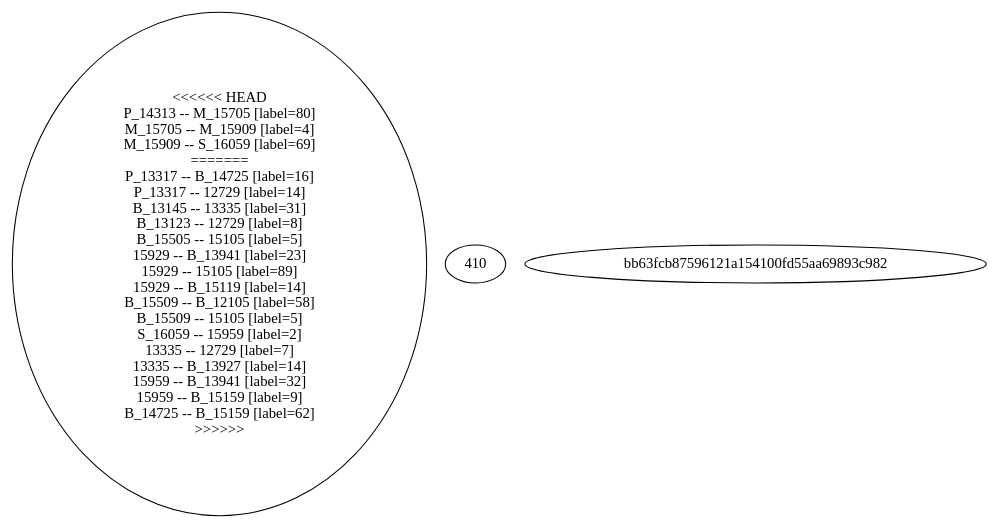
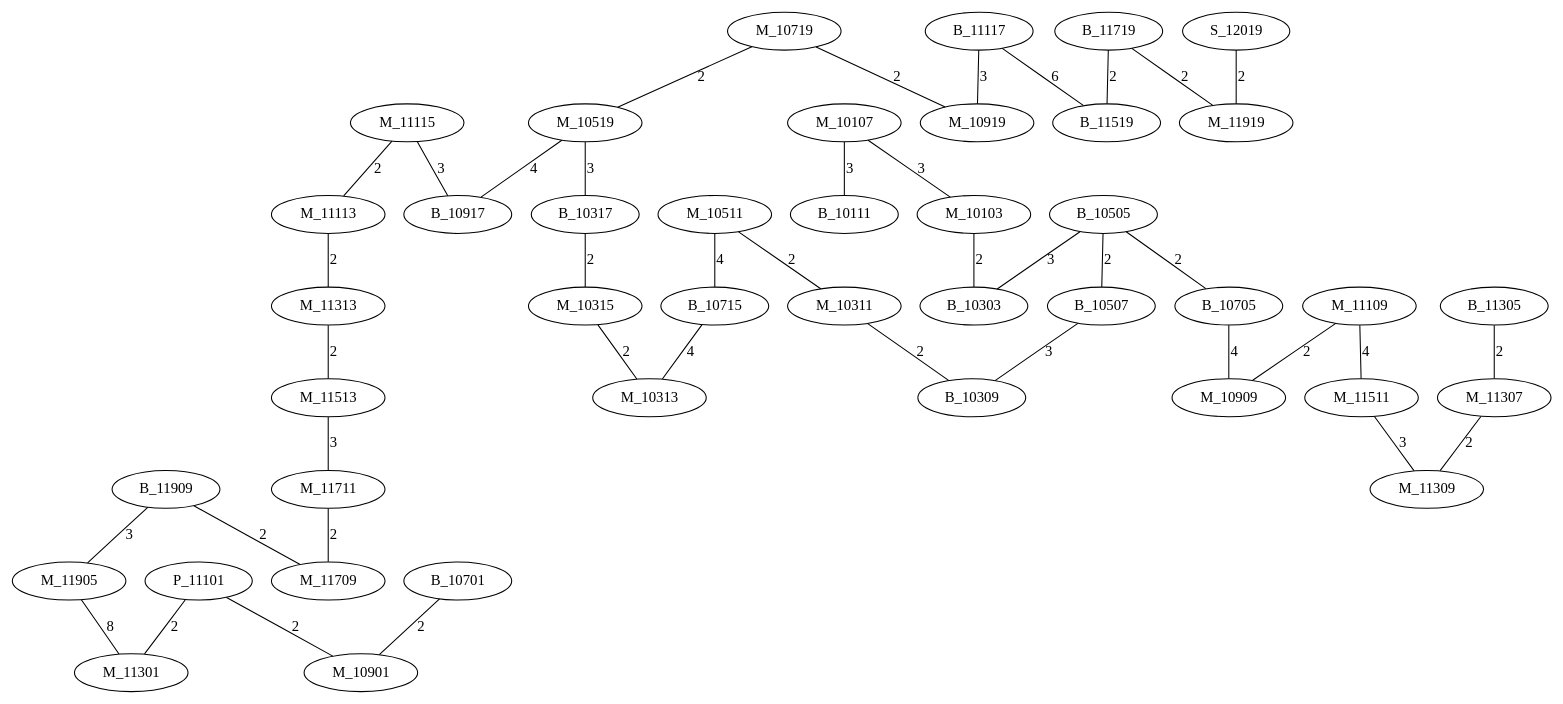
The diagram in Graph.dot (AsmNoob/Labyrinthe), drawn with Graphviz before and after one commit. The commit also changed 2 other files, not shown here.

```diff
--- a/Graph.dot
+++ b/Graph.dot
@@ -1,26 +1,44 @@
 graph chemin {
 
-<<<<<<< HEAD
-	P_14313 -- M_15705 [label=80]
-	M_15705 -- M_15909 [label=4]
-	M_15909 -- S_16059 [label=69]
-=======
-	P_13317 -- B_14725 [label=16]
-	P_13317 -- 12729 [label=14]
-	B_13145 -- 13335 [label=31]
-	B_13123 -- 12729 [label=8]
-	B_15505 -- 15105 [label=5]
-	15929 -- B_13941 [label=23]
-	15929 -- 15105 [label=89]
-	15929 -- B_15119 [label=14]
-	B_15509 -- B_12105 [label=58]
-	B_15509 -- 15105 [label=5]
-	S_16059 -- 15959 [label=2]
-	13335 -- 12729 [label=7]
-	13335 -- B_13927 [label=14]
-	15959 -- B_13941 [label=32]
-	15959 -- B_15159 [label=9]
-	B_14725 -- B_15159 [label=62]
->>>>>>> 410bb63fcb87596121a154100fd55aa69893c982
+	P_11101 -- M_11301 [label=2]
+	P_11101 -- M_10901 [label=2]
+	M_10107 -- B_10111 [label=3]
+	M_10107 -- M_10103 [label=3]
+	B_10701 -- M_10901 [label=2]
+	B_11719 -- M_11919 [label=2]
+	B_11719 -- B_11519 [label=2]
+	S_12019 -- M_11919 [label=2]
+	M_11109 -- M_11511 [label=4]
+	M_11109 -- M_10909 [label=2]
+	M_11115 -- B_10917 [label=3]
+	M_11115 -- M_11113 [label=2]
+	B_10505 -- B_10507 [label=2]
+	B_10505 -- B_10303 [label=3]
+	B_10505 -- B_10705 [label=2]
+	M_11113 -- M_11313 [label=2]
+	B_10507 -- B_10309 [label=3]
+	M_10103 -- B_10303 [label=2]
+	B_11117 -- M_10919 [label=3]
+	B_11117 -- B_11519 [label=6]
+	M_10511 -- B_10715 [label=4]
+	M_10511 -- M_10311 [label=2]
+	M_10311 -- B_10309 [label=2]
+	M_10719 -- M_10519 [label=2]
+	M_10719 -- M_10919 [label=2]
+	M_10519 -- B_10317 [label=3]
+	M_10519 -- B_10917 [label=4]
+	B_10715 -- M_10313 [label=4]
+	B_10317 -- M_10315 [label=2]
+	B_10705 -- M_10909 [label=4]
+	M_10315 -- M_10313 [label=2]
+	M_11511 -- M_11309 [label=3]
+	M_11313 -- M_11513 [label=2]
+	M_11513 -- M_11711 [label=3]
+	B_11305 -- M_11307 [label=2]
+	B_11909 -- M_11905 [label=3]
+	B_11909 -- M_11709 [label=2]
+	M_11307 -- M_11309 [label=2]
+	M_11905 -- M_11301 [label=8]
+	M_11711 -- M_11709 [label=2]
 
 }
```
